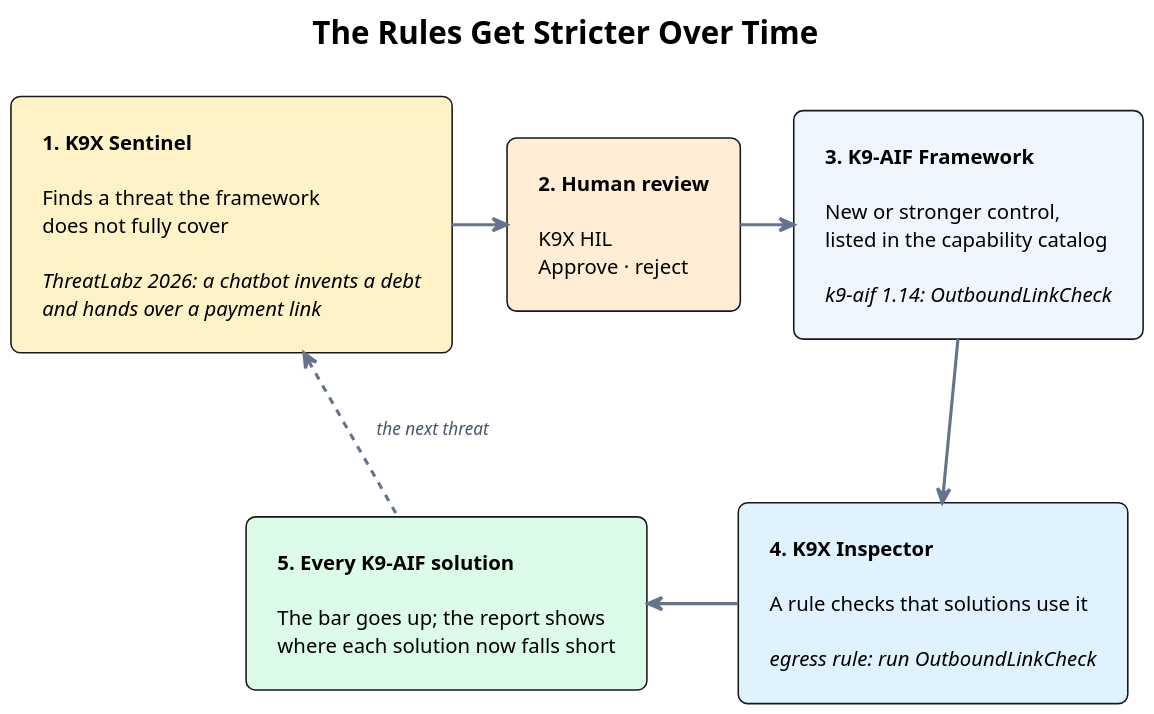
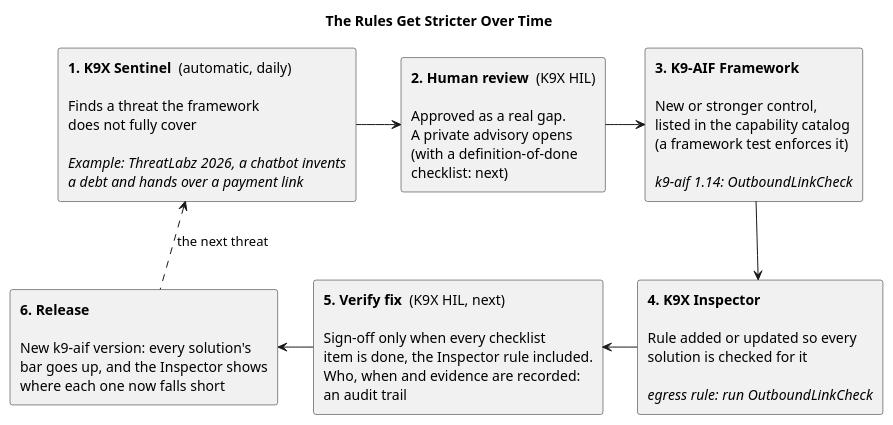
Before and after one commit to k9aif/k9-aif-blogs: the diagram in assets/images/blogs/k9x-stricter-over-time.puml, drawn with PlantUML. The commit also changed 4 other files, not shown here.

Commit message:
Post: six-step loop with human review and fix sign-off (audit trail); diagrams in default PlantUML style

```diff
--- a/assets/images/blogs/k9x-stricter-over-time.puml
+++ b/assets/images/blogs/k9x-stricter-over-time.puml
@@ -1,39 +1,24 @@
 @startuml k9x-stricter-over-time
 
-skinparam backgroundColor #FFFFFF
-skinparam defaultFontName "Helvetica Neue"
-skinparam defaultFontSize 13
-skinparam padding 10
-skinparam dpi 150
+title The Rules Get Stricter Over Time
 
-skinparam rectangle {
-  RoundCorner 12
-  BorderThickness 1
-}
+rectangle "<b>1. K9X Sentinel</b>  (automatic, daily)\n\nFinds a threat the framework\ndoes not fully cover\n\n<i>Example: ThreatLabz 2026, a chatbot invents</i>\n<i>a debt and hands over a payment link</i>" as S
 
-skinparam arrow {
-  Color #64748B
-  FontColor #475569
-  FontSize 11
-  Thickness 2
-}
+rectangle "<b>2. Human review</b>  (K9X HIL)\n\nApproved as a real gap.\nA private advisory opens\n(with a definition-of-done\nchecklist: next)" as R
 
-title <size:20><b>The Rules Get Stricter Over Time</b></size>
+rectangle "<b>3. K9-AIF Framework</b>\n\nNew or stronger control,\nlisted in the capability catalog\n(a framework test enforces it)\n\n<i>k9-aif 1.14: OutboundLinkCheck</i>" as F
 
-rectangle "<b>1. K9X Sentinel</b>\n\nFinds a threat the framework\ndoes not fully cover\n\n<i>ThreatLabz 2026: a chatbot invents a debt</i>\n<i>and hands over a payment link</i>" as S #FEF3C7
+rectangle "<b>4. K9X Inspector</b>\n\nRule added or updated so every\nsolution is checked for it\n\n<i>egress rule: run OutboundLinkCheck</i>" as I
 
-rectangle "<b>2. Human review</b>\n\nK9X HIL\nApprove · reject" as H #FFEDD5
+rectangle "<b>5. Verify fix</b>  (K9X HIL, next)\n\nSign-off only when every checklist\nitem is done, the Inspector rule included.\nWho, when and evidence are recorded:\nan audit trail" as V
 
-rectangle "<b>3. K9-AIF Framework</b>\n\nNew or stronger control,\nlisted in the capability catalog\n\n<i>k9-aif 1.14: OutboundLinkCheck</i>" as F #EFF6FF
+rectangle "<b>6. Release</b>\n\nNew k9-aif version: every solution's\nbar goes up, and the Inspector shows\nwhere each one now falls short" as SOL
 
-rectangle "<b>4. K9X Inspector</b>\n\nA rule checks that solutions use it\n\n<i>egress rule: run OutboundLinkCheck</i>" as I #E0F2FE
-
-rectangle "<b>5. Every K9-AIF solution</b>\n\nThe bar goes up; the report shows\nwhere each solution now falls short" as SOL #DCFCE7
-
-S -right-> H
-H -right-> F
+S -right-> R
+R -right-> F
 F -down-> I
-I -left-> SOL
-SOL .up.> S : <i>the next threat</i>
+I -left-> V
+V -left-> SOL
+SOL .up.> S : the next threat
 
 @enduml
```
